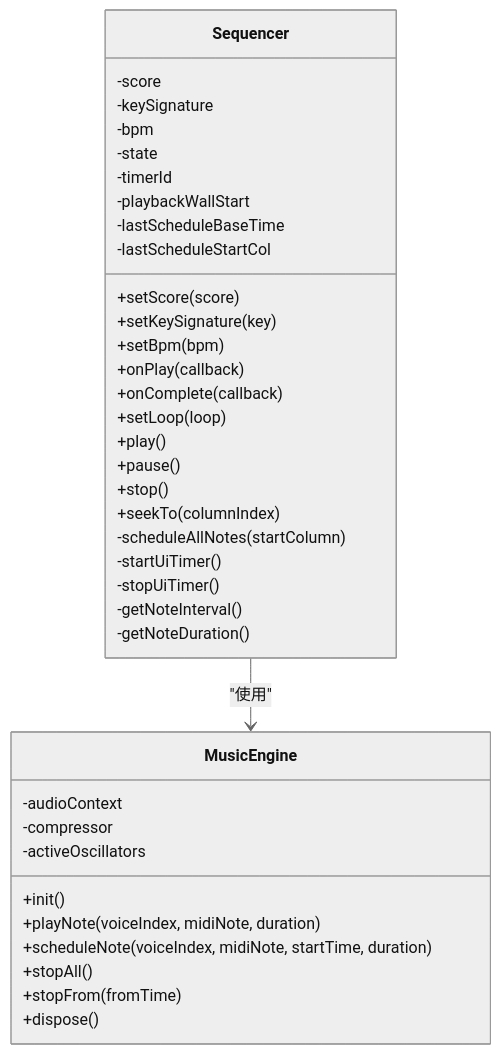
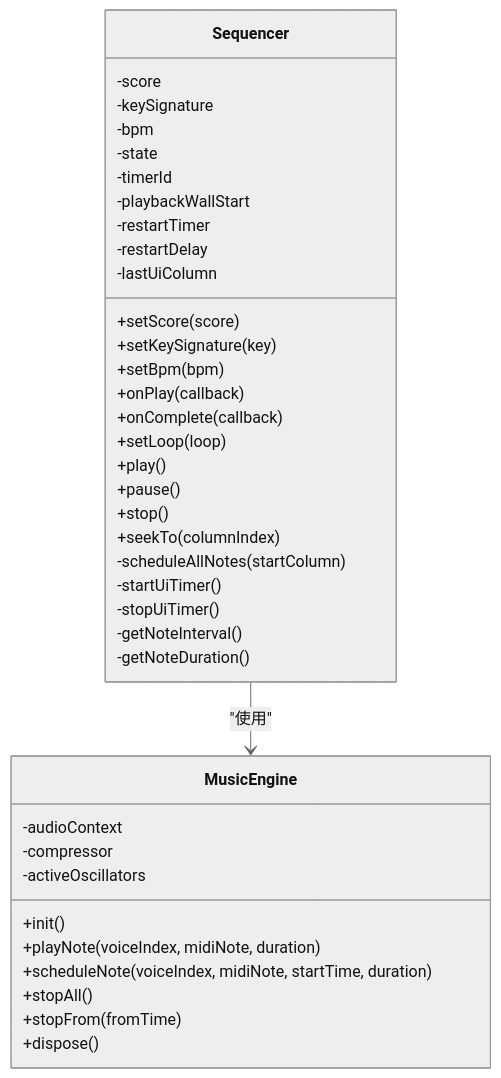
Before and after one commit to wingmeng/SUBOR-Music-Board: the third of 6 diagrams in wiki/项目概述.md, drawn with Mermaid (neutral theme). The commit also changed other lines of this file and 45 other files, not shown here.

````diff
--- a/wiki/项目概述.md
+++ b/wiki/项目概述.md
@@ -173,40 +173,41 @@
 ```mermaid
 classDiagram
 class MusicEngine {
 -audioContext
 -compressor
 -activeOscillators
 +init()
 +playNote(voiceIndex, midiNote, duration)
 +scheduleNote(voiceIndex, midiNote, startTime, duration)
 +stopAll()
 +stopFrom(fromTime)
 +dispose()
 }
 class Sequencer {
 -score
 -keySignature
 -bpm
 -state
 -timerId
 -playbackWallStart
--lastScheduleBaseTime
--lastScheduleStartCol
+-restartTimer
+-restartDelay
+-lastUiColumn
 +setScore(score)
 +setKeySignature(key)
 +setBpm(bpm)
 +onPlay(callback)
 +onComplete(callback)
 +setLoop(loop)
 +play()
 +pause()
 +stop()
 +seekTo(columnIndex)
 -scheduleAllNotes(startColumn)
 -startUiTimer()
 -stopUiTimer()
 -getNoteInterval()
 -getNoteDuration()
 }
 Sequencer --> MusicEngine : "使用"
 ```
````
